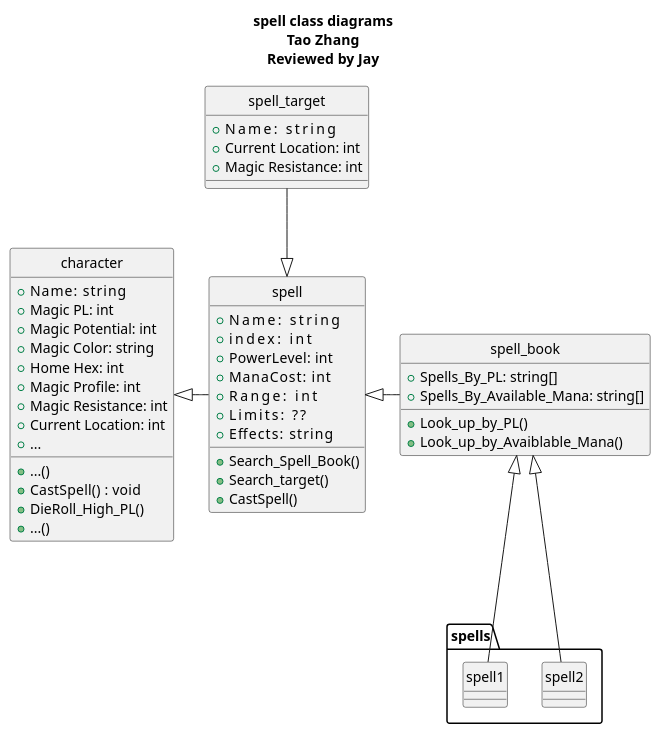
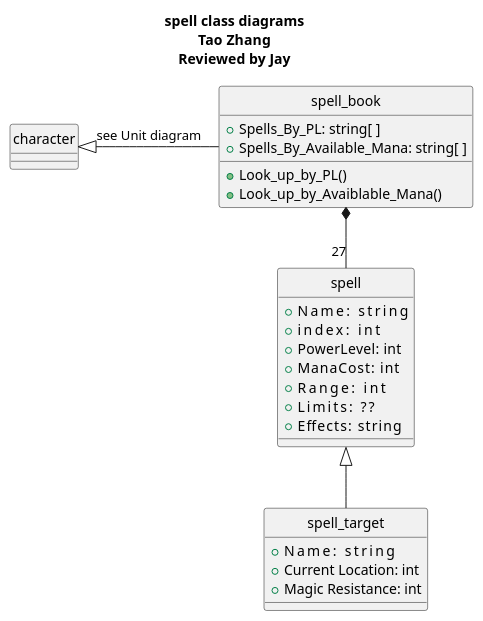
The diagram in Tao/ClassDiagram/spell.puml (CS383-Sword-and-Sorcery/HW3), drawn with PlantUML before and after one commit. The commit also changed 3 other files, not shown here.

```diff
--- a/Tao/ClassDiagram/spell.puml
+++ b/Tao/ClassDiagram/spell.puml
@@ -1,59 +1,39 @@
 @startuml
 
 title <b>spell class diagrams</b>\nTao Zhang\nReviewed by Jay
 hide circle
 class character{
-  +Name:    string
-  +Magic PL: int
-  +Magic Potential: int
-  +Magic Color: string
-  +Home Hex: int
-  +Magic Profile: int
-  +Magic Resistance: int
-  +Current Location: int
-  + ...
-  + ...()
-  +CastSpell()  : void
-  +DieRoll_High_PL()
-  + ...()
+  
 }
 
 class spell{
   +Name:        string
   +index:       int
   +PowerLevel:  int
   +ManaCost:    int
   +Range:       int 
   +Limits:      ??
   +Effects:     string
-  +Search_Spell_Book()
-  +Search_target()
-  +CastSpell()
 }
 
 class spell_book{
-  +Spells_By_PL: string[]
-  +Spells_By_Available_Mana: string[]
+  +Spells_By_PL: string[ ]
+  +Spells_By_Available_Mana: string[ ]
   +Look_up_by_PL()
   +Look_up_by_Avaiblable_Mana()
 }
 
-package spells{
-  class spell1
-  class spell2
-}
 
 class spell_target{
   +Name:        string
   +Current Location: int
   +Magic Resistance: int
 }
 
-character <|-right-- spell
-spell <|-right- spell_book
-spell <|-up- spell_target
+character <|-right-- spell_book : see Unit diagram
+spell_book *-down- "27" spell
 
-spell_book <|-down-- spell1
-spell_book <|-down-- spell2
+spell <|-- spell_target 
+
 
 @enduml
```
